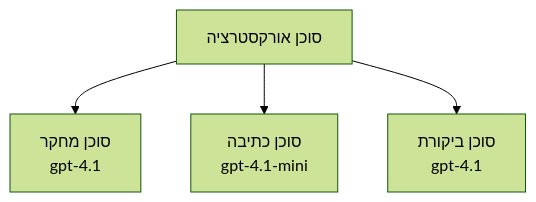
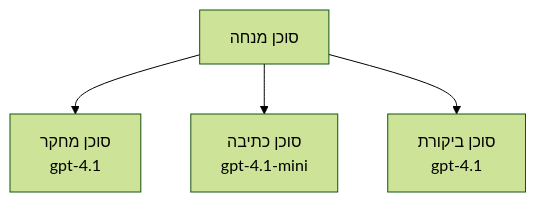
The third of 3 diagrams in translations/he/docs/chapter-02-ai-development/agents.md (microsoft/AZD-for-beginners), drawn with Mermaid (forest theme) before and after one commit. The commit also changed other lines of this file and 104 other files, not shown here.

````diff
--- a/translations/he/docs/chapter-02-ai-development/agents.md
+++ b/translations/he/docs/chapter-02-ai-development/agents.md
@@ -194,6 +201,6 @@
 ```mermaid
 graph TD
-    Orchestrator[סוכן אורקסטרציה] --> Research[סוכן מחקר<br/>gpt-4.1]
+    Orchestrator[סוכן מנחה] --> Research[סוכן מחקר<br/>gpt-4.1]
     Orchestrator --> Writer[סוכן כתיבה<br/>gpt-4.1-mini]
     Orchestrator --> Reviewer[סוכן ביקורת<br/>gpt-4.1]
 ```
````
